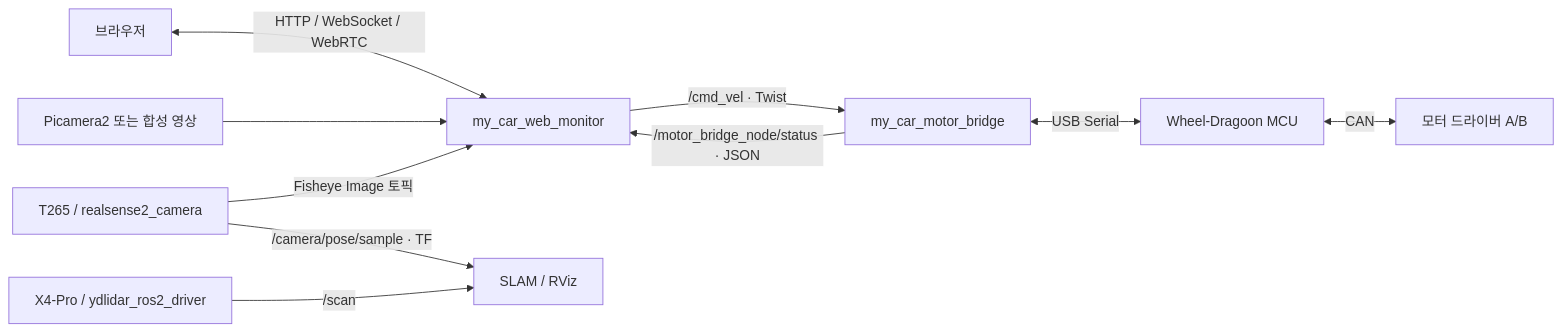
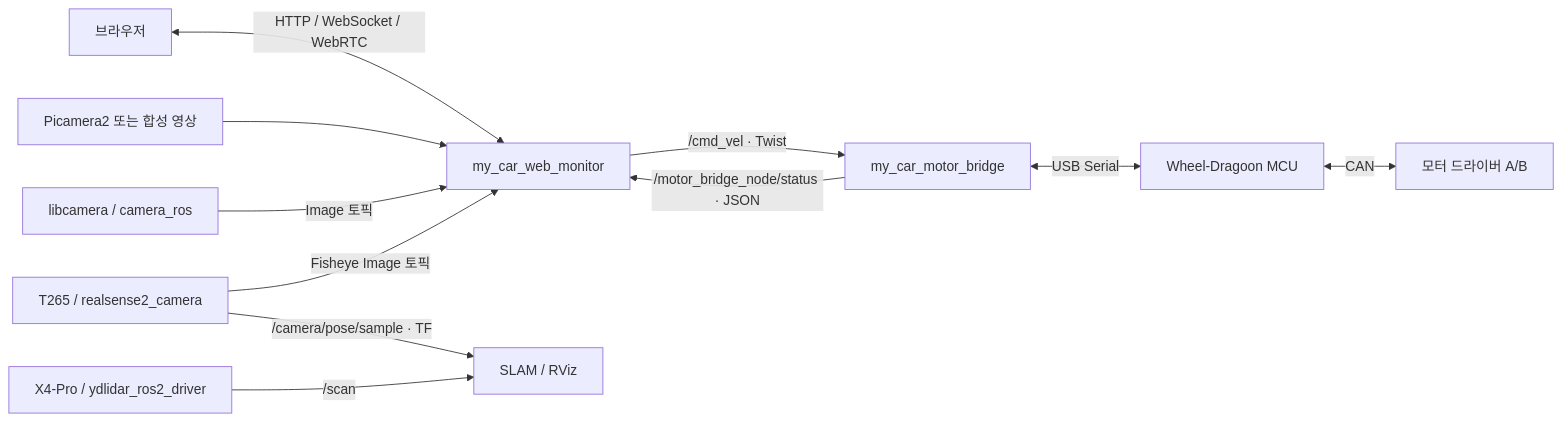
One commit to atomicNum29/ros2_ws changed the diagram in README.md. Above: the diagram before and after it, drawn with Mermaid. The commit also changed other lines of this file, not shown here.

Commit message:
docs: Update README to include camera_ros package details and usage instructions

````diff
--- a/README.md
+++ b/README.md
@@ -46,12 +55,13 @@
 ```mermaid
 flowchart LR
     Browser[브라우저] <-->|HTTP / WebSocket / WebRTC| Web[my_car_web_monitor]
     Camera[Picamera2 또는 합성 영상] --> Web
+    CameraROS[libcamera / camera_ros] -->|Image 토픽| Web
     T265 -->|Fisheye Image 토픽| Web
     Web -->|/cmd_vel · Twist| Bridge[my_car_motor_bridge]
     Bridge -->|/motor_bridge_node/status · JSON| Web
     Bridge <-->|USB Serial| MCU[Wheel-Dragoon MCU]
     MCU <-->|CAN| Motors[모터 드라이버 A/B]
     T265[T265 / realsense2_camera] -->|/camera/pose/sample · TF| Mapping[SLAM / RViz]
     Lidar[X4-Pro / ydlidar_ros2_driver] -->|/scan| Mapping
 ```
````
